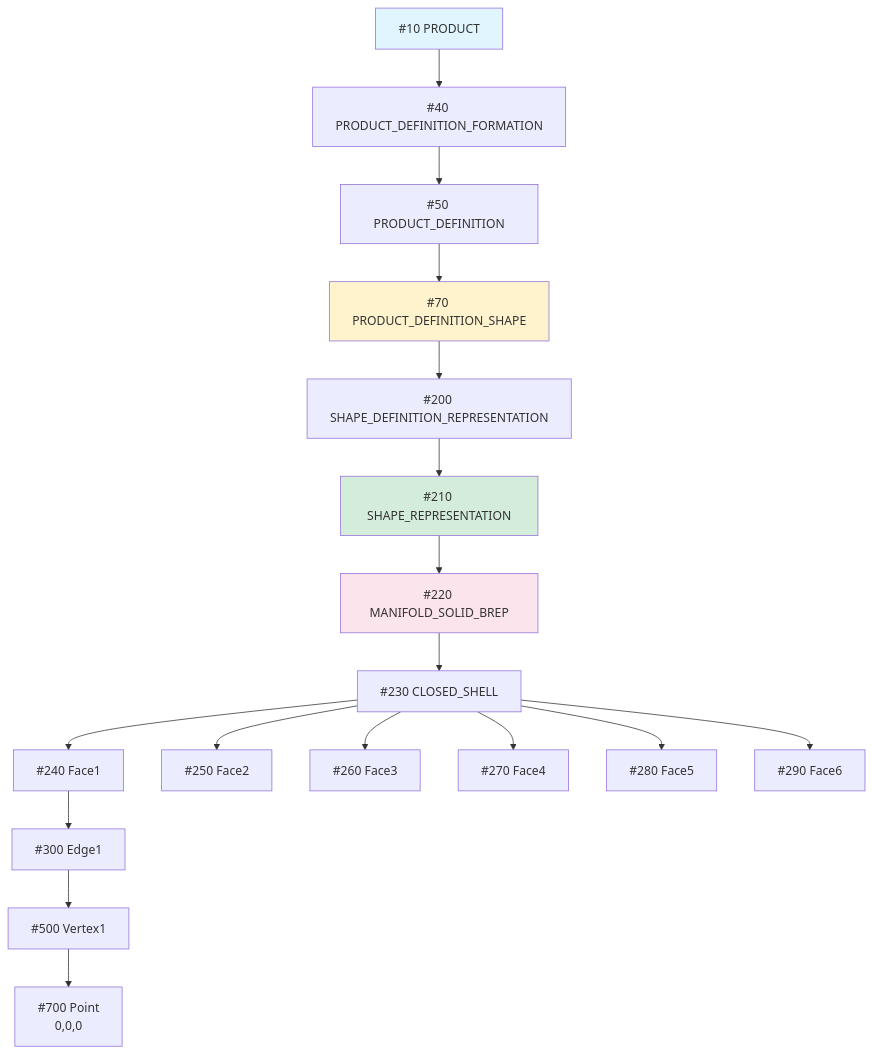
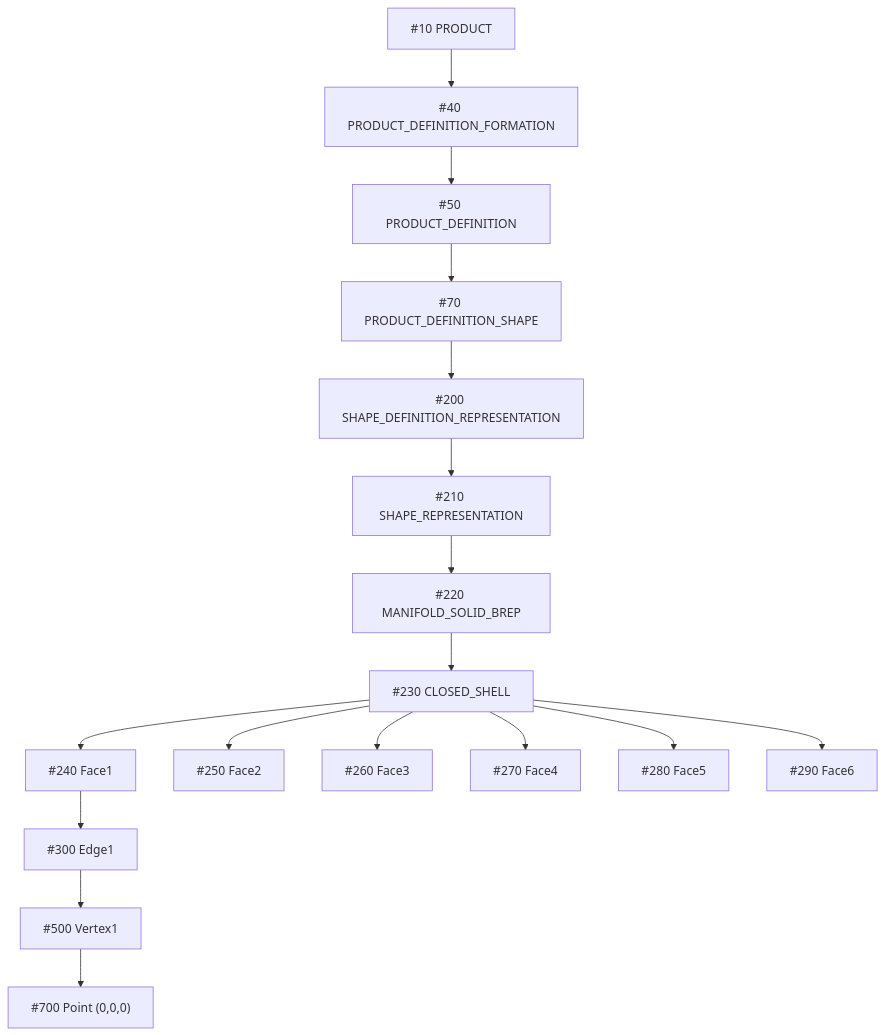
The diagram in examples/step-file-walkthrough.md (takuto-NA/step-standards-explained), drawn with Mermaid before and after one commit. The commit also changed other lines of this file and 25 other files, not shown here.

````diff
--- a/examples/step-file-walkthrough.md
+++ b/examples/step-file-walkthrough.md
@@ -640,24 +641,19 @@
 ```mermaid
 graph TD
     P[#10 PRODUCT] --> PDF[#40 PRODUCT_DEFINITION_FORMATION]
     PDF --> PD[#50 PRODUCT_DEFINITION]
     PD --> PDS[#70 PRODUCT_DEFINITION_SHAPE]
     PDS --> SDR[#200 SHAPE_DEFINITION_REPRESENTATION]
     SDR --> SR[#210 SHAPE_REPRESENTATION]
     SR --> BREP[#220 MANIFOLD_SOLID_BREP]
     BREP --> SHELL[#230 CLOSED_SHELL]
     SHELL --> F1[#240 Face1]
     SHELL --> F2[#250 Face2]
     SHELL --> F3[#260 Face3]
     SHELL --> F4[#270 Face4]
     SHELL --> F5[#280 Face5]
     SHELL --> F6[#290 Face6]
     F1 --> E1[#300 Edge1]
     E1 --> V1[#500 Vertex1]
-    V1 --> P1[#700 Point<br/>0,0,0]
-    
-    style P fill:#e1f5ff
-    style PDS fill:#fff3cd
-    style SR fill:#d4edda
-    style BREP fill:#fce4ec
+    V1 --> P1["#700 Point (0,0,0)"]
 ```
````
